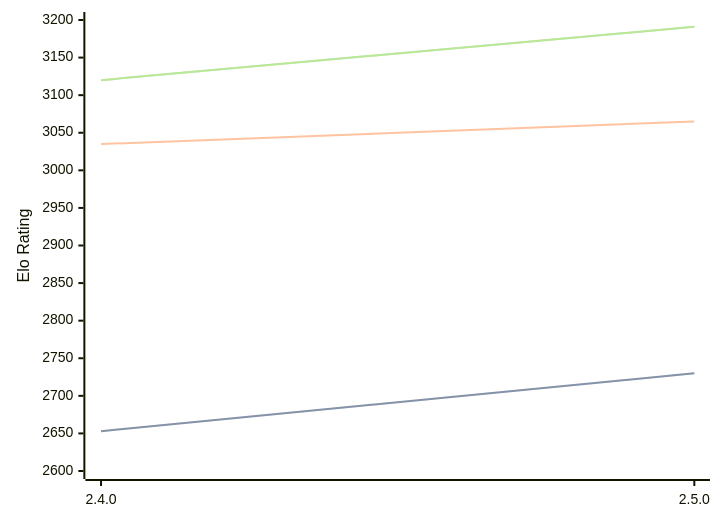
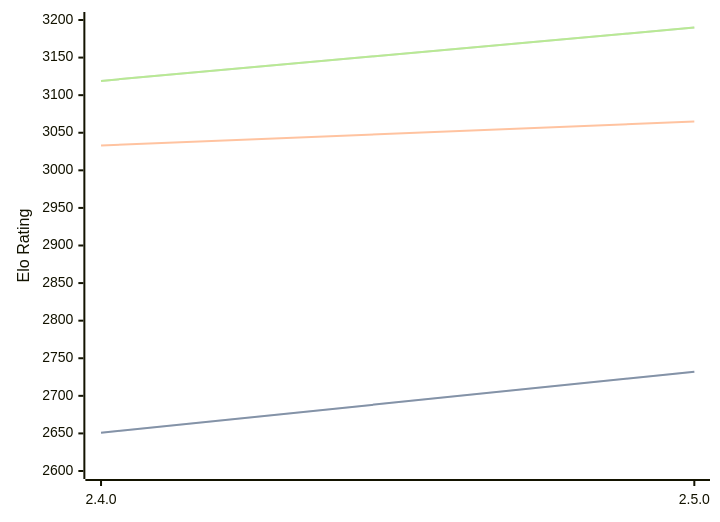
One commit to computer-chess-index/cci changed the diagram in engines/Sturddle2.md. Above: the diagram before and after it, drawn with Mermaid. The commit also changed other lines of this file, not shown here.

Commit message:
Update CCI Ratings (ELO VLTC) - 2026-03-30

````diff
--- a/engines/Sturddle2.md
+++ b/engines/Sturddle2.md
@@ -37,11 +37,11 @@
 ```mermaid
 %%{init: {"theme":"base","themeVariables":{"seriesColors:['#a3a3a3','#222221','#faa371']}}}%%
 xychart-beta
   x-axis ["2.4.0", "2.5.0"]
   y-axis "Elo Rating" 2600 --> 3200
-  line "STC (8.0+0.08s)" [2653, 2730]
-  line "STC (8.0+0.08s)" [2653, 2730]
-  line "LTC (60.0+0.60s)" [3035, 3065]
-  line "VLTC (2m24s+1.12s)" [3120, 3191]
-  line "VLTC (2m24s+1.12s)" [3120, 3191]
+  line "STC (8.0+0.08s)" [2651, 2732]
+  line "STC (8.0+0.08s)" [2651, 2732]
+  line "LTC (60.0+0.60s)" [3033, 3065]
+  line "VLTC (2m24s+1.12s)" [3119, 3190]
+  line "VLTC (2m24s+1.12s)" [3119, 3190]
 ```
````
